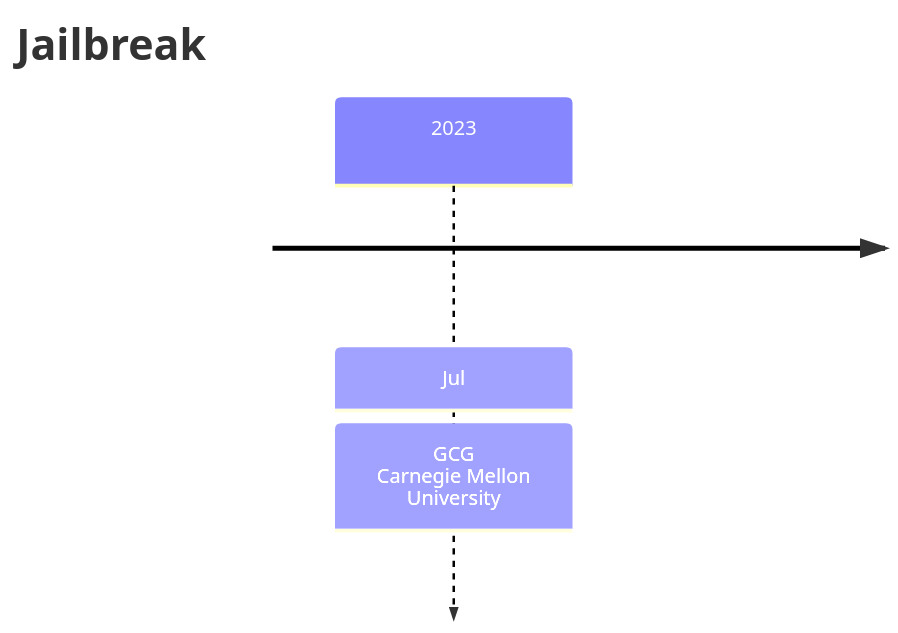
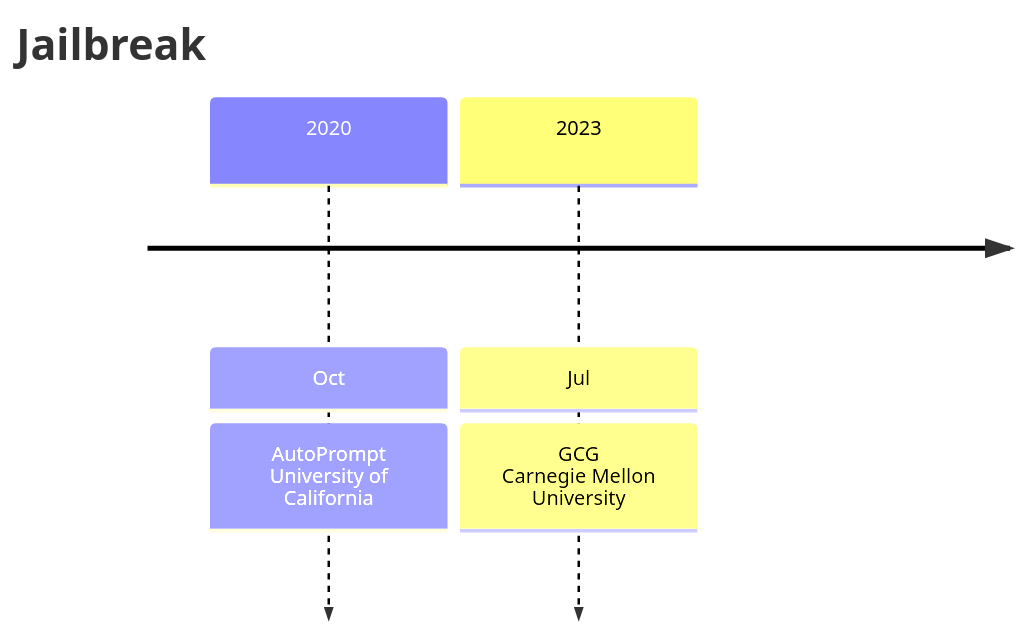
One commit to Elephant-King9/Paper changed the first of 5 diagrams in Attack/Jailbreak/analyse.md. Above: the diagram before and after it, drawn with Mermaid. The commit also changed other lines of this file and 6 other files, not shown here.

````diff
--- a/Attack/Jailbreak/analyse.md
+++ b/Attack/Jailbreak/analyse.md
@@ -5,8 +5,10 @@
 ```mermaid
 timeline
     title Jailbreak
+    	2020 : Oct
+    			 : AutoPrompt<br>University of California
     	2023 : Jul
     			 : GCG<br>Carnegie Mellon University
     			 
     
 ```
````
